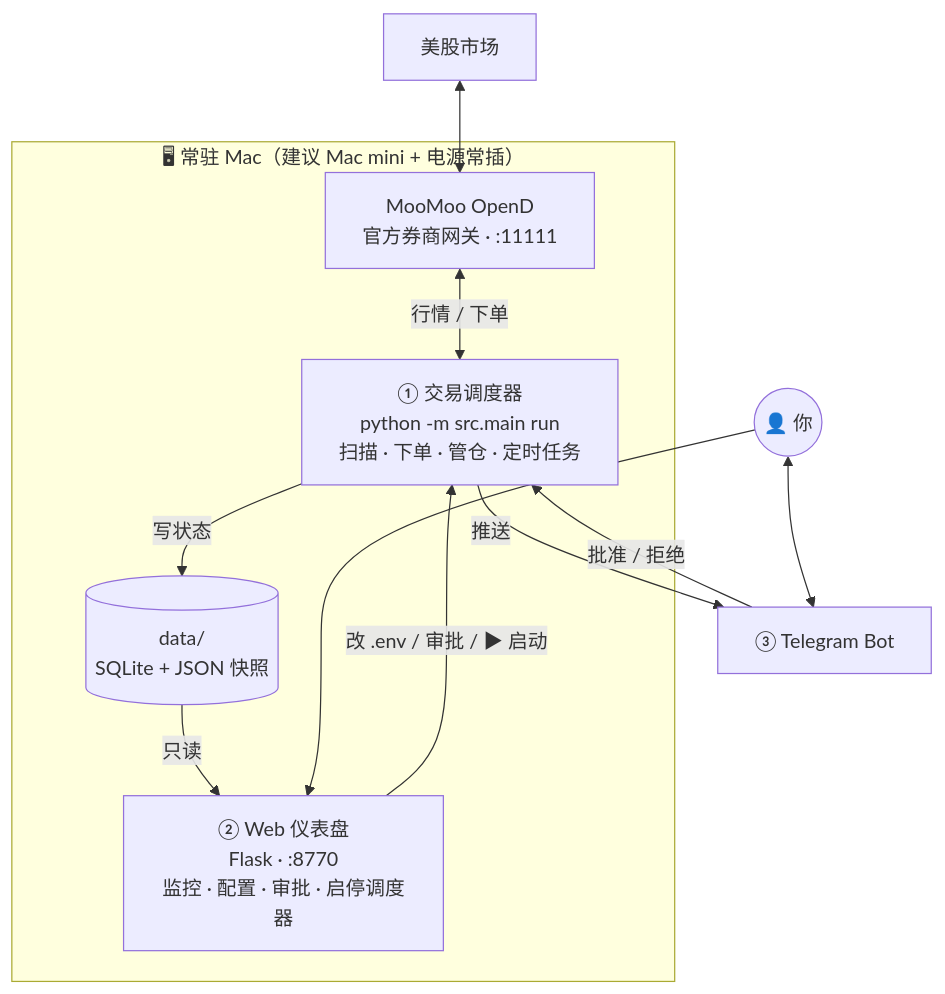
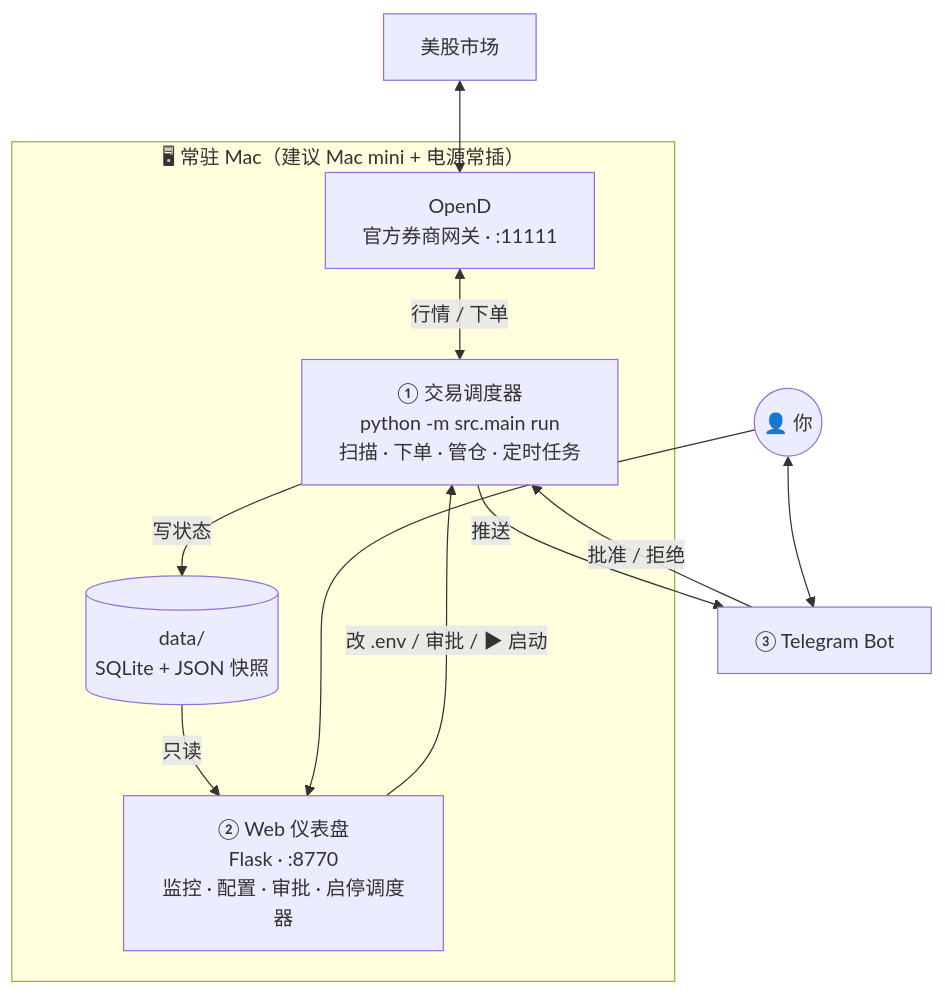
Before and after one commit to ethan6945/moomoo-trader: the first of 2 diagrams in README.md, drawn with Mermaid. The commit also changed other lines of this file and 49 other files, not shown here.

````diff
--- a/README.md
+++ b/README.md
@@ -148,18 +148,18 @@
 ```mermaid
 flowchart TB
     subgraph HOST["🖥 常驻 Mac（建议 Mac mini + 电源常插）"]
-        OPEND["MooMoo OpenD<br/>官方券商网关 · :11111"]
+        OPEND["OpenD<br/>官方券商网关 · :11111"]
         SCHED["① 交易调度器<br/>python -m src.main run<br/>扫描 · 下单 · 管仓 · 定时任务"]
         WEB["② Web 仪表盘<br/>Flask · :8770<br/>监控 · 配置 · 审批 · 启停调度器"]
         DATA[("data/<br/>SQLite + JSON 快照")]
     end
     MKT["美股市场"] <--> OPEND
     OPEND <-->|"行情 / 下单"| SCHED
     SCHED -->|"写状态"| DATA
     DATA -->|"只读"| WEB
     WEB -->|"改 .env / 审批 / ▶ 启动"| SCHED
     SCHED -->|"推送"| TG["③ Telegram Bot"]
     TG -->|"批准 / 拒绝"| SCHED
     USER(("👤 你")) --> WEB
     USER <--> TG
 ```
````
